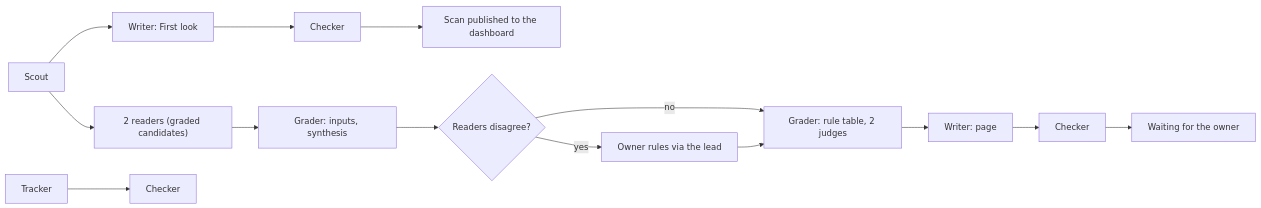
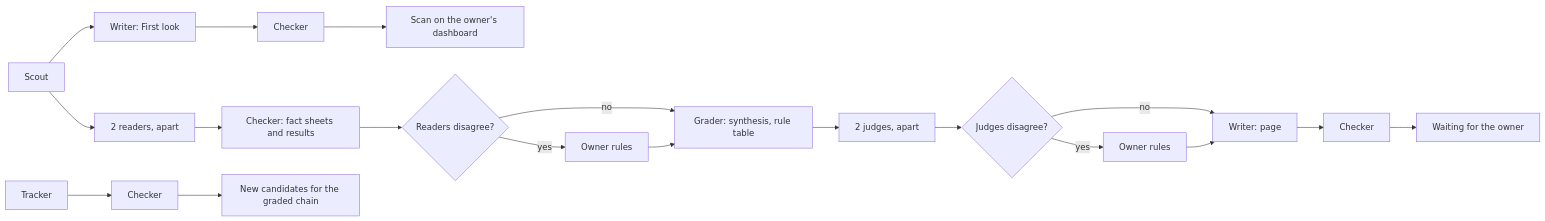
Before and after one commit to euglopi/AIScaleDev: the diagram in docs/intent/agent-runs/agent-runs-design.md, drawn with Mermaid. The commit also changed other lines of this file and 1 other file, not shown here.

````diff
--- a/docs/intent/agent-runs/agent-runs-design.md
+++ b/docs/intent/agent-runs/agent-runs-design.md
@@ -84,16 +91,21 @@
 ```mermaid
 flowchart LR
     scout[Scout] --> writer1["Writer: First look"]
     writer1 --> check1[Checker]
-    check1 --> scan["Scan published to the dashboard"]
-    scout --> readers["2 readers (graded candidates)"]
-    readers --> grader1["Grader: inputs, synthesis"]
-    grader1 --> owner1{"Readers disagree?"}
-    owner1 -->|yes| ruling[Owner rules via the lead]
-    owner1 -->|no| grader2
-    ruling --> grader2["Grader: rule table, 2 judges"]
-    grader2 --> writer2["Writer: page"]
+    check1 --> dash["Scan on the owner's dashboard"]
+    scout --> readers["2 readers, apart"]
+    readers --> check0["Checker: fact sheets and results"]
+    check0 --> owner1{"Readers disagree?"}
+    owner1 -->|yes| ruling1["Owner rules"]
+    owner1 -->|no| grader
+    ruling1 --> grader["Grader: synthesis, rule table"]
+    grader --> judges["2 judges, apart"]
+    judges --> owner2{"Judges disagree?"}
+    owner2 -->|yes| ruling2["Owner rules"]
+    owner2 -->|no| writer2
+    ruling2 --> writer2["Writer: page"]
     writer2 --> check2[Checker]
-    check2 --> queue[Waiting for the owner]
+    check2 --> queue["Waiting for the owner"]
     tracker[Tracker] --> check3[Checker]
+    check3 --> cand["New candidates for the graded chain"]
 ```
````
